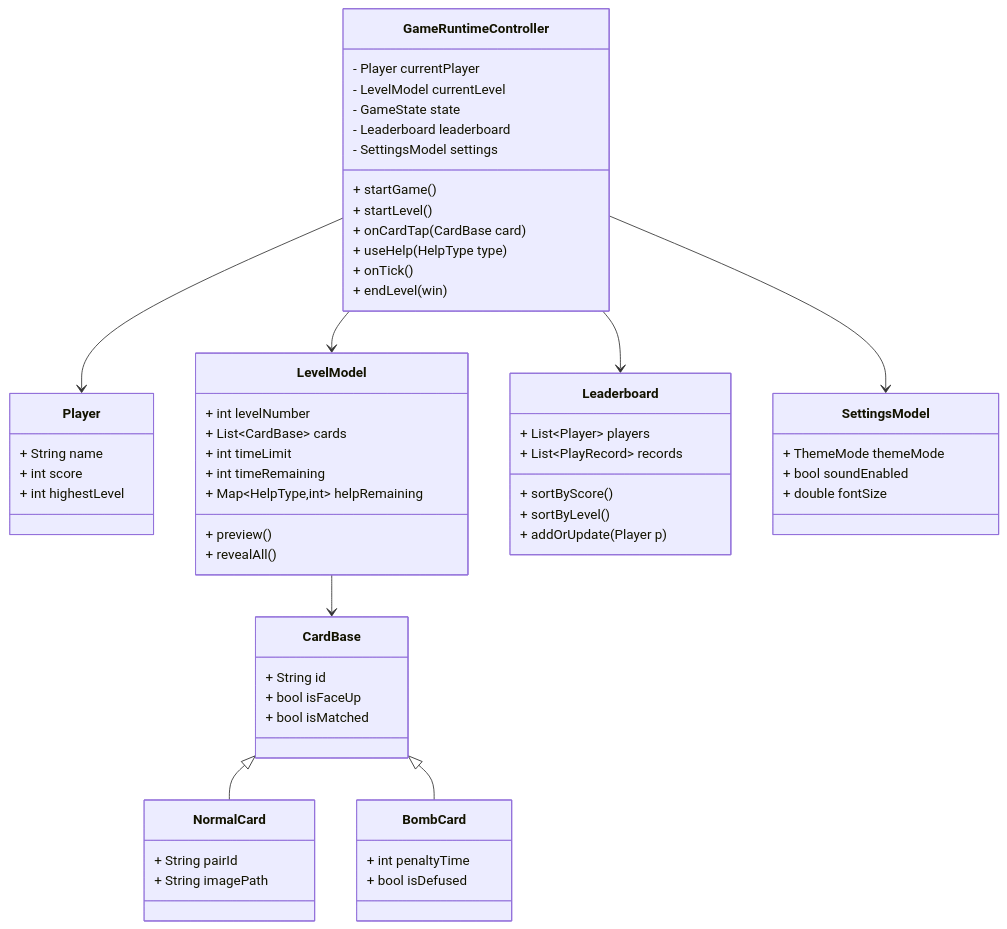
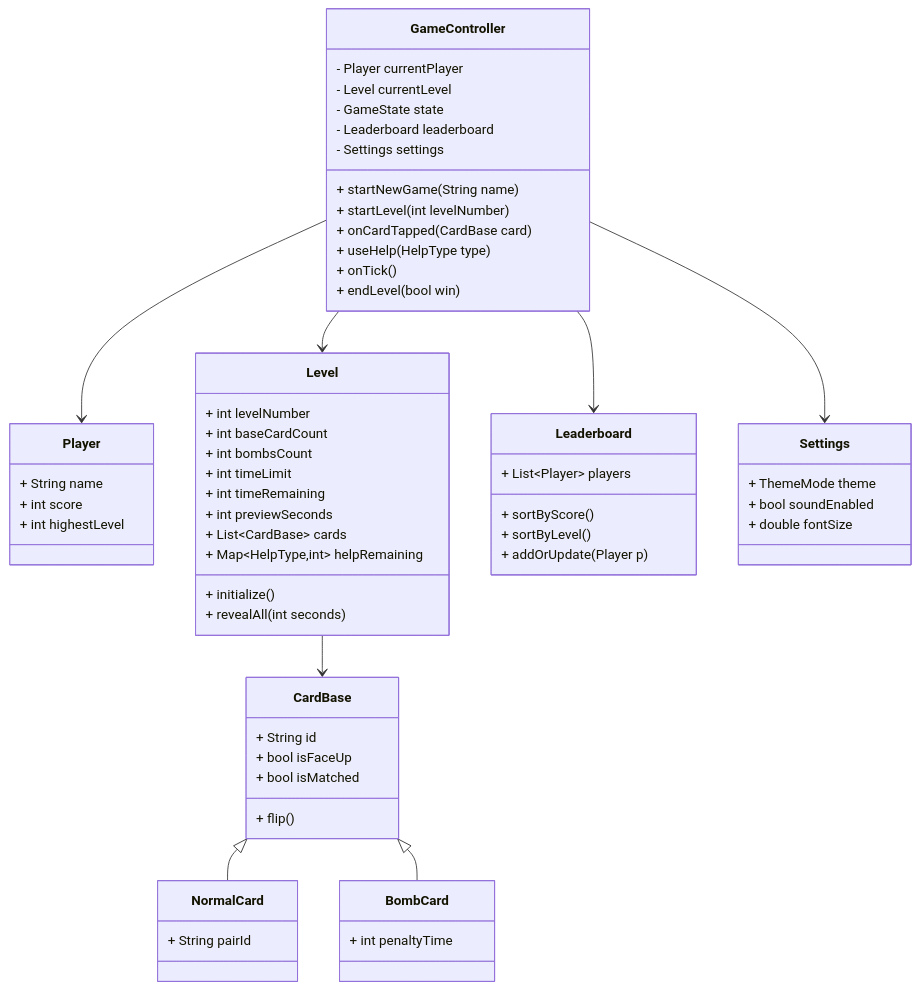
Before and after one commit to hoangtuvungcao/oop_dart: the second of 3 diagrams in ARCHITECTURE.md, drawn with Mermaid. The commit also changed other lines of this file, not shown here.

````diff
--- a/ARCHITECTURE.md
+++ b/ARCHITECTURE.md
@@ -61,70 +80,71 @@
 ```mermaid
 classDiagram
-  class GameRuntimeController {
+  class GameController {
     - Player currentPlayer
-    - LevelModel currentLevel
+    - Level currentLevel
     - GameState state
     - Leaderboard leaderboard
-    - SettingsModel settings
-    + startGame()
-    + startLevel()
-    + onCardTap(CardBase card)
+    - Settings settings
+    + startNewGame(String name)
+    + startLevel(int levelNumber)
+    + onCardTapped(CardBase card)
     + useHelp(HelpType type)
     + onTick()
-    + endLevel(win)
+    + endLevel(bool win)
   }
 
   class Player {
     + String name
     + int score
     + int highestLevel
   }
 
-  class LevelModel {
+  class Level {
     + int levelNumber
-    + List~CardBase~ cards
+    + int baseCardCount
+    + int bombsCount
     + int timeLimit
     + int timeRemaining
+    + int previewSeconds
+    + List~CardBase~ cards
     + Map~HelpType,int~ helpRemaining
-    + preview()
-    + revealAll()
+    + initialize()
+    + revealAll(int seconds)
   }
 
   class CardBase {
     + String id
     + bool isFaceUp
     + bool isMatched
+    + flip()
   }
 
   class NormalCard {
     + String pairId
-    + String imagePath
   }
 
   class BombCard {
     + int penaltyTime
-    + bool isDefused
   }
 
   class Leaderboard {
     + List~Player~ players
-    + List~PlayRecord~ records
     + sortByScore()
     + sortByLevel()
     + addOrUpdate(Player p)
   }
 
-  class SettingsModel {
-    + ThemeMode themeMode
+  class Settings {
+    + ThemeMode theme
     + bool soundEnabled
     + double fontSize
   }
 
-  GameRuntimeController --> Player
-  GameRuntimeController --> LevelModel
-  GameRuntimeController --> Leaderboard
-  GameRuntimeController --> SettingsModel
-  LevelModel --> CardBase
+  GameController --> Player
+  GameController --> Level
+  GameController --> Leaderboard
+  GameController --> Settings
+  Level --> CardBase
   CardBase <|-- NormalCard
   CardBase <|-- BombCard
 ```
````
